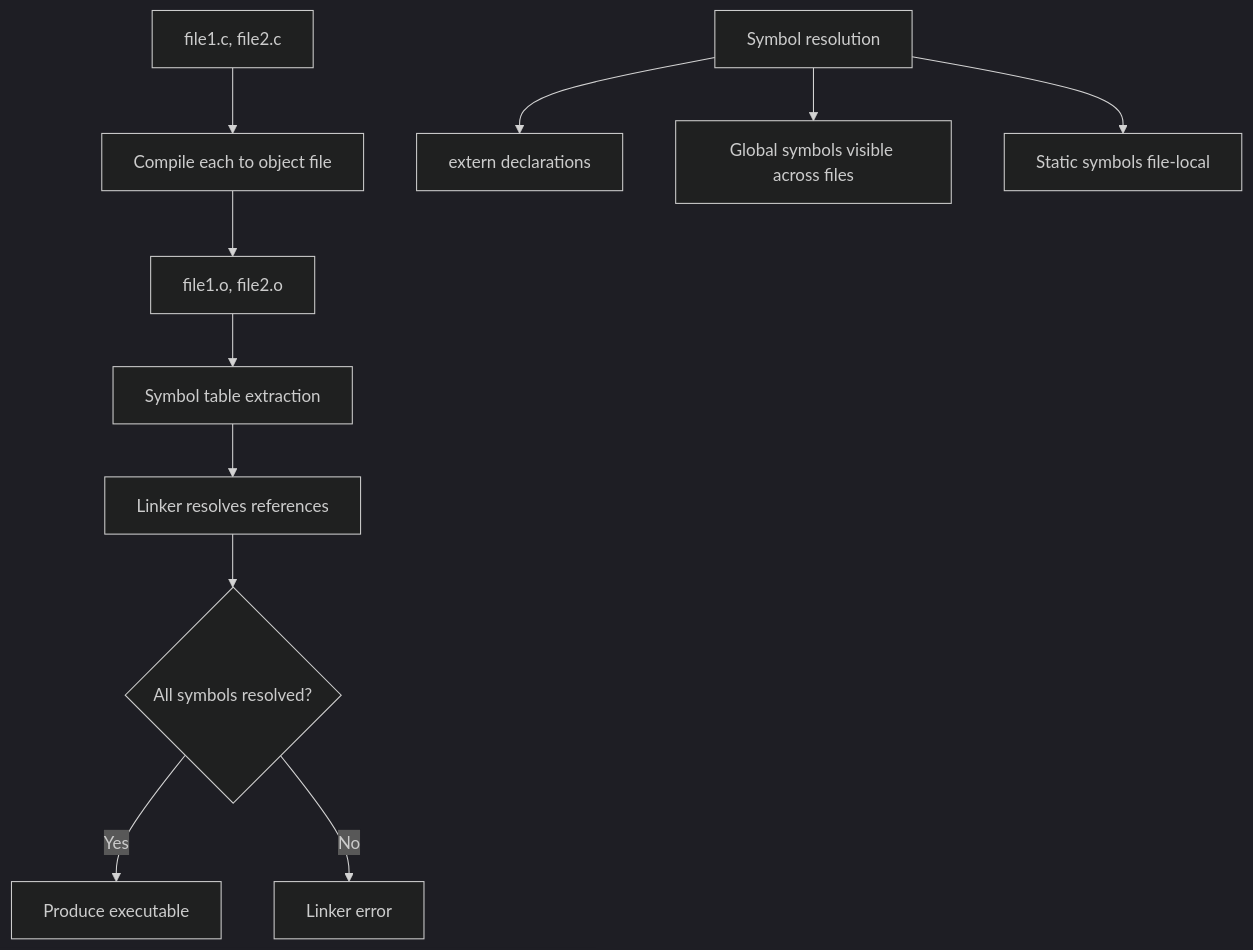
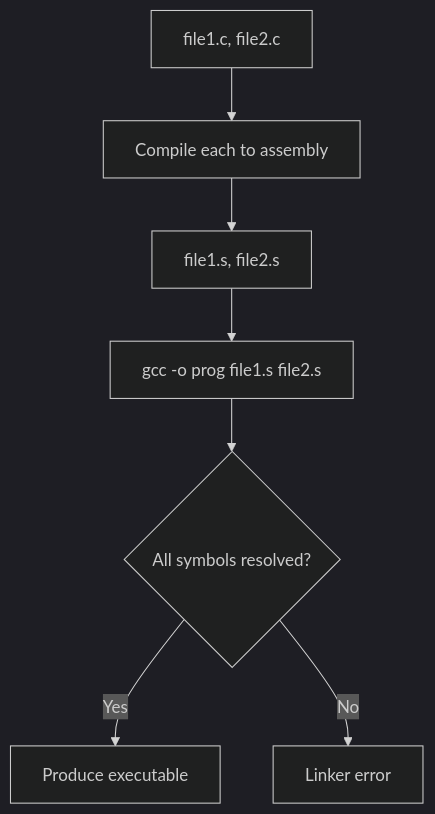
The diagram in 0049-multi-file/README.md (juno-yu/simple-howto-c-compiler-ximplec), drawn with Mermaid (dark theme) before and after one commit. The commit also changed other lines of this file and 131 other files, not shown here.

````diff
--- a/0049-multi-file/README.md
+++ b/0049-multi-file/README.md
@@ -11,14 +15,9 @@
 ```mermaid
 flowchart TD
-    A["file1.c, file2.c"] --> B[Compile each to object file]
-    B --> C["file1.o, file2.o"]
-    C --> D[Symbol table extraction]
-    D --> E[Linker resolves references]
-    E --> F{All symbols resolved?}
-    F -->|Yes| G[Produce executable]
-    F -->|No| H[Linker error]
-
-    I["Symbol resolution"] --> J["extern declarations"]
-    I --> K["Global symbols visible across files"]
-    I --> L["Static symbols file-local"]
+    A["file1.c, file2.c"] --> B[Compile each to assembly]
+    B --> C["file1.s, file2.s"]
+    C --> D["gcc -o prog file1.s file2.s"]
+    D --> E{All symbols resolved?}
+    E -->|Yes| F[Produce executable]
+    E -->|No| G[Linker error]
 ```
````
